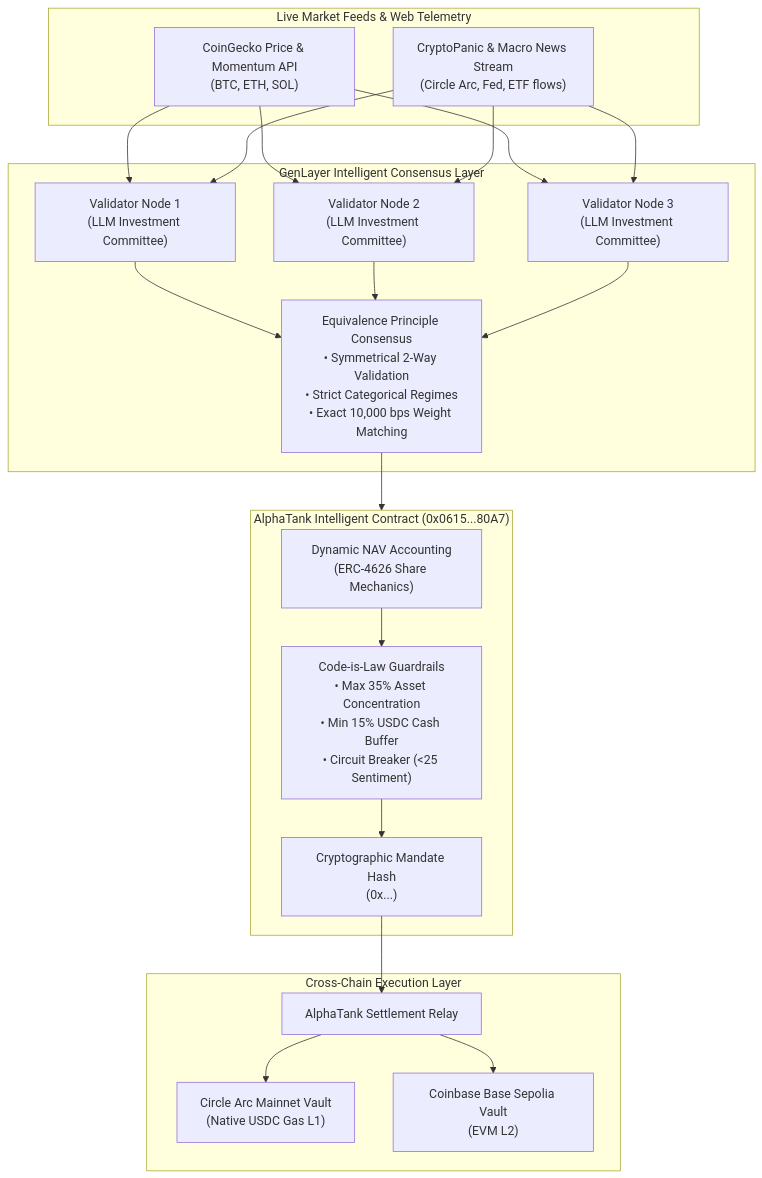
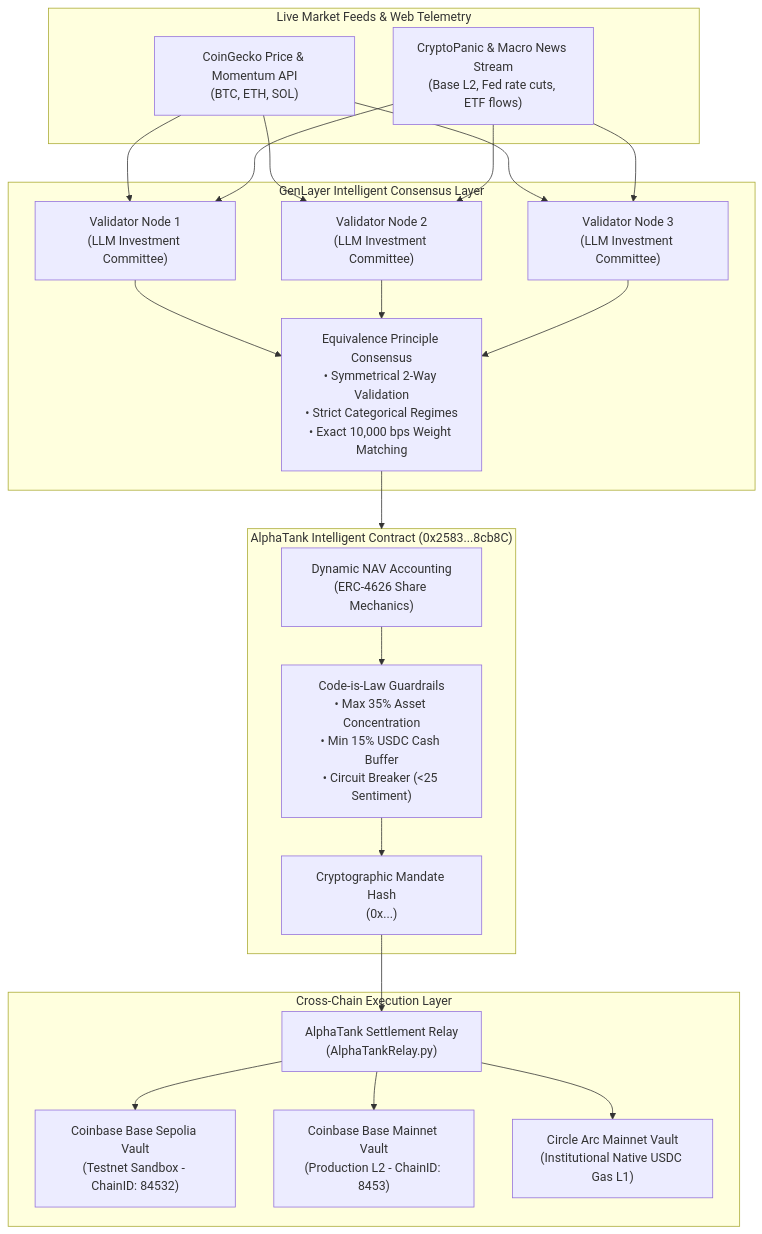
One commit to tumhi4/AlphaTank changed the diagram in README.md. Above: the diagram before and after it, drawn with Mermaid. The commit also changed other lines of this file and 3 other files, not shown here.

Commit message:
docs & infra: Comprehensive hackathon README, .gitignore, and Base Sepolia deployment pipeline

````diff
--- a/README.md
+++ b/README.md
@@ -23,35 +24,37 @@
 ```mermaid
 flowchart TD
     subgraph Market_Telemetry["Live Market Feeds & Web Telemetry"]
         CG["CoinGecko Price & Momentum API\n(BTC, ETH, SOL)"]
-        CP["CryptoPanic & Macro News Stream\n(Circle Arc, Fed, ETF flows)"]
+        CP["CryptoPanic & Macro News Stream\n(Base L2, Fed rate cuts, ETF flows)"]
     end
 
     subgraph GenLayer_Consensus["GenLayer Intelligent Consensus Layer"]
         V1["Validator Node 1\n(LLM Investment Committee)"]
         V2["Validator Node 2\n(LLM Investment Committee)"]
         V3["Validator Node 3\n(LLM Investment Committee)"]
         EQ["Equivalence Principle Consensus\n• Symmetrical 2-Way Validation\n• Strict Categorical Regimes\n• Exact 10,000 bps Weight Matching"]
     end
 
-    subgraph AlphaTank_Brain["AlphaTank Intelligent Contract (0x0615...80A7)"]
+    subgraph AlphaTank_Brain["AlphaTank Intelligent Contract (0x2583...8cb8C)"]
         NAV["Dynamic NAV Accounting\n(ERC-4626 Share Mechanics)"]
         GUARD["Code-is-Law Guardrails\n• Max 35% Asset Concentration\n• Min 15% USDC Cash Buffer\n• Circuit Breaker (<25 Sentiment)"]
         HASH["Cryptographic Mandate Hash\n(0x...)"]
     end
 
     subgraph MultiChain_Settlement["Cross-Chain Execution Layer"]
-        RELAY["AlphaTank Settlement Relay"]
-        ARC["Circle Arc Mainnet Vault\n(Native USDC Gas L1)"]
-        BASE["Coinbase Base Sepolia Vault\n(EVM L2)"]
+        RELAY["AlphaTank Settlement Relay\n(AlphaTankRelay.py)"]
+        BASE_SEP["Coinbase Base Sepolia Vault\n(Testnet Sandbox - ChainID: 84532)"]
+        BASE_MAIN["Coinbase Base Mainnet Vault\n(Production L2 - ChainID: 8453)"]
+        ARC["Circle Arc Mainnet Vault\n(Institutional Native USDC Gas L1)"]
     end
 
     CG --> V1 & V2 & V3
     CP --> V1 & V2 & V3
     V1 & V2 & V3 --> EQ
     EQ --> AlphaTank_Brain
     NAV --> GUARD --> HASH
     HASH --> RELAY
+    RELAY --> BASE_SEP
+    RELAY --> BASE_MAIN
     RELAY --> ARC
-    RELAY --> BASE
 ```
````
